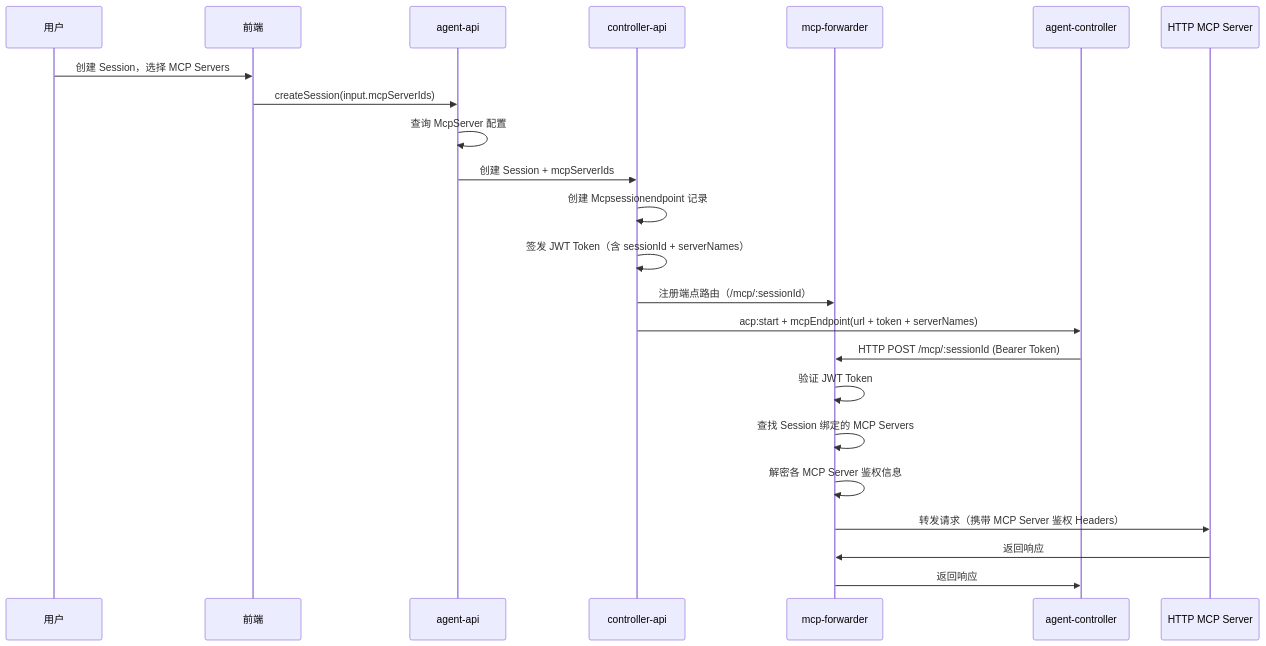
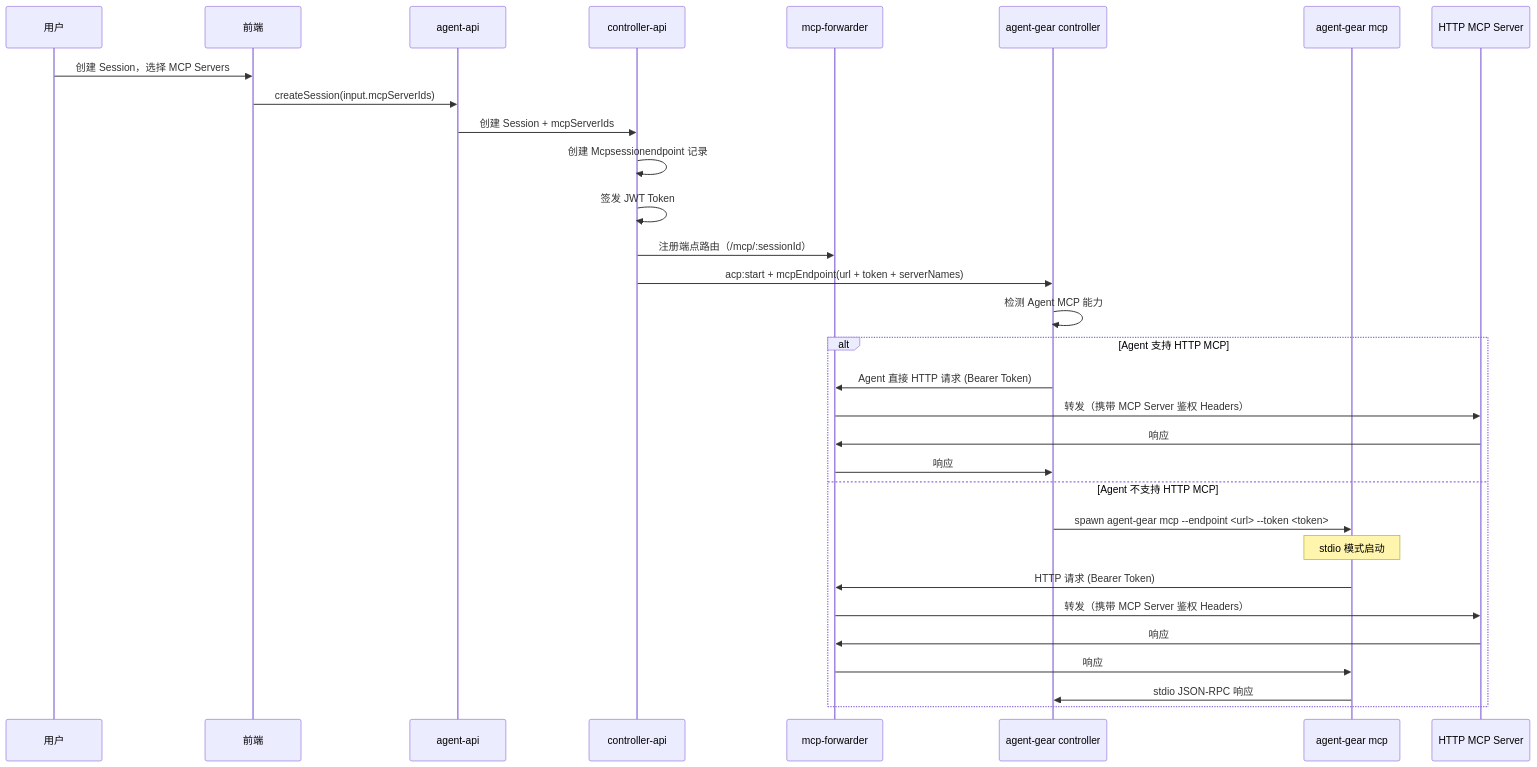
Before and after one commit to Deliay/z-agent-gear: the third of 4 diagrams in docs/engineering/proposals/20260530-feat-mcp-proxy-config.md, drawn with Mermaid. The commit also changed other lines of this file, not shown here.

Commit message:
docs(proposal): agent-gear新增mcp子命令，stdio代理集成到controller

````diff
--- a/docs/engineering/proposals/20260530-feat-mcp-proxy-config.md
+++ b/docs/engineering/proposals/20260530-feat-mcp-proxy-config.md
@@ -375,28 +382,37 @@
 ```mermaid
 sequenceDiagram
     participant U as 用户
     participant FE as 前端
     participant API as agent-api
     participant CAPI as controller-api
     participant FWD as mcp-forwarder
-    participant CTRL as agent-controller
+    participant CTRL as agent-gear controller
+    participant MCP代理 as agent-gear mcp
     participant MCP as HTTP MCP Server
 
     U->>FE: 创建 Session，选择 MCP Servers
     FE->>API: createSession(input.mcpServerIds)
-    API->>API: 查询 McpServer 配置
+    API->>CAPI: 创建 Session + mcpServerIds
 
-    API->>CAPI: 创建 Session + mcpServerIds
     CAPI->>CAPI: 创建 Mcpsessionendpoint 记录
-    CAPI->>CAPI: 签发 JWT Token（含 sessionId + serverNames）
+    CAPI->>CAPI: 签发 JWT Token
     CAPI->>FWD: 注册端点路由（/mcp/:sessionId）
     CAPI->>CTRL: acp:start + mcpEndpoint(url + token + serverNames)
 
-    CTRL->>FWD: HTTP POST /mcp/:sessionId (Bearer Token)
-    FWD->>FWD: 验证 JWT Token
-    FWD->>FWD: 查找 Session 绑定的 MCP Servers
-    FWD->>FWD: 解密各 MCP Server 鉴权信息
-    FWD->>MCP: 转发请求（携带 MCP Server 鉴权 Headers）
-    MCP->>FWD: 返回响应
-    FWD->>CTRL: 返回响应
+    CTRL->>CTRL: 检测 Agent MCP 能力
+
+    alt Agent 支持 HTTP MCP
+        CTRL->>FWD: Agent 直接 HTTP 请求 (Bearer Token)
+        FWD->>MCP: 转发（携带 MCP Server 鉴权 Headers）
+        MCP->>FWD: 响应
+        FWD->>CTRL: 响应
+    else Agent 不支持 HTTP MCP
+        CTRL->>MCP代理: spawn agent-gear mcp --endpoint <url> --token <token>
+        Note over MCP代理: stdio 模式启动
+        MCP代理->>FWD: HTTP 请求 (Bearer Token)
+        FWD->>MCP: 转发（携带 MCP Server 鉴权 Headers）
+        MCP->>FWD: 响应
+        FWD->>MCP代理: 响应
+        MCP代理->>CTRL: stdio JSON-RPC 响应
+    end
 ```
````
